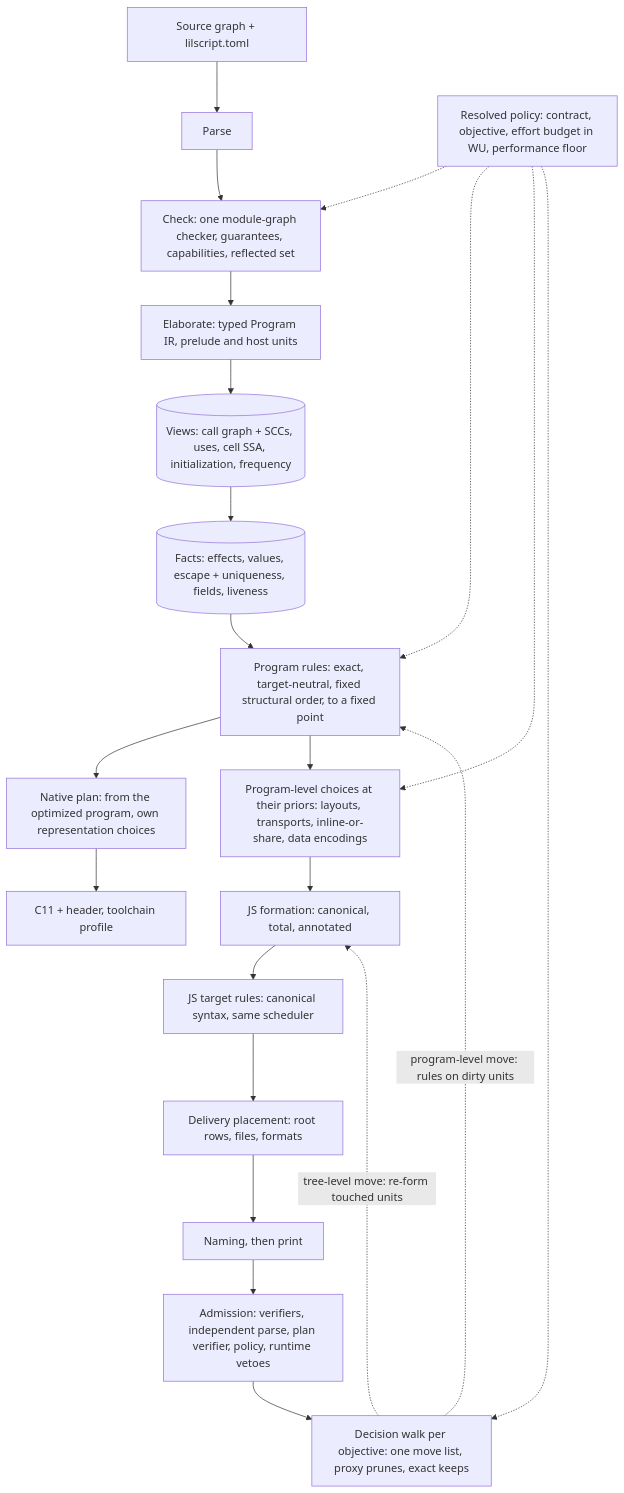
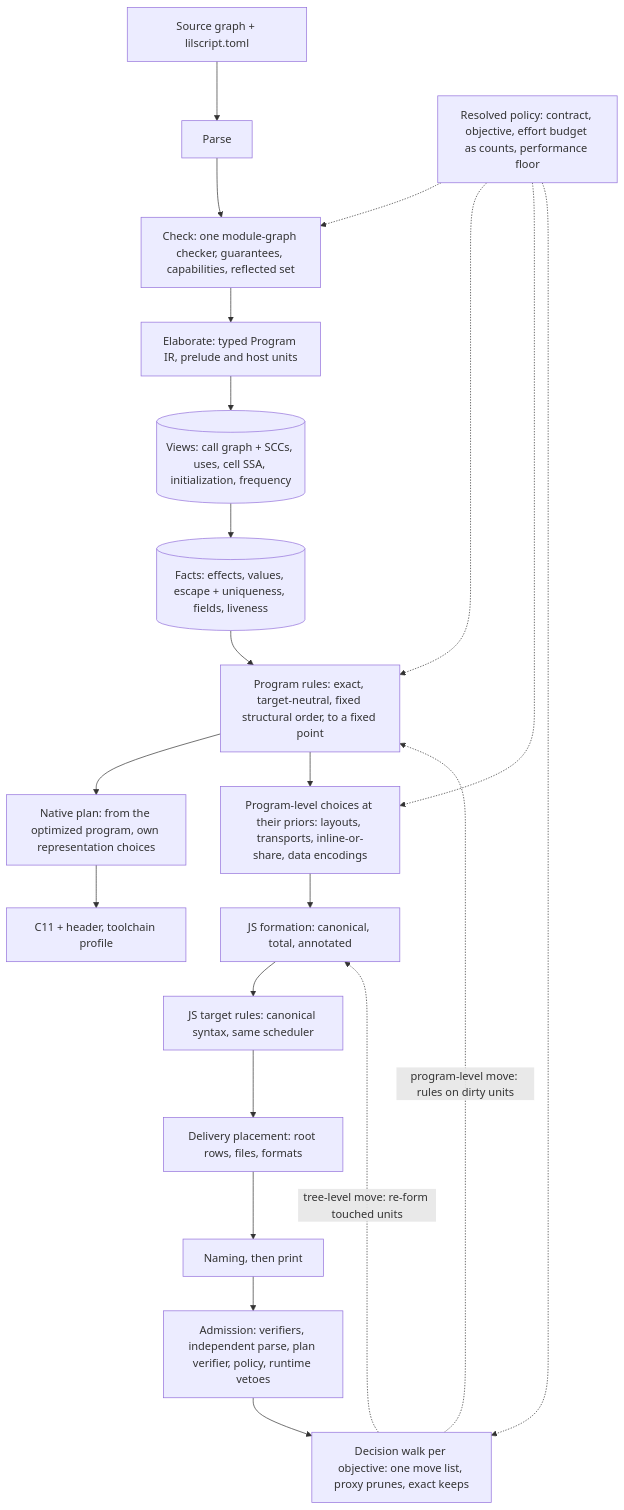
The diagram in docs/future-architecture.md (yeargun/lilscript), drawn with Mermaid before and after one commit. The commit also changed other lines of this file and 4 other files, not shown here.

````diff
--- a/docs/future-architecture.md
+++ b/docs/future-architecture.md
@@ -140,24 +141,24 @@
 ```mermaid
 flowchart TD
   S[Source graph + lilscript.toml] --> P[Parse]
   P --> C[Check: one module-graph checker, guarantees, capabilities, reflected set]
   C --> E[Elaborate: typed Program IR, prelude and host units]
   E --> V[(Views: call graph + SCCs, uses, cell SSA, initialization, frequency)]
   V --> F[(Facts: effects, values, escape + uniqueness, fields, liveness)]
   F --> R[Program rules: exact, target-neutral, fixed structural order, to a fixed point]
   R --> N[Native plan: from the optimized program, own representation choices]
   R --> H[Program-level choices at their priors: layouts, transports, inline-or-share, data encodings]
   H --> J[JS formation: canonical, total, annotated]
   J --> T[JS target rules: canonical syntax, same scheduler]
   T --> D[Delivery placement: root rows, files, formats]
   D --> M[Naming, then print]
   M --> A[Admission: verifiers, independent parse, plan verifier, policy, runtime vetoes]
   A --> W[Decision walk per objective: one move list, proxy prunes, exact keeps]
   W -. program-level move: rules on dirty units .-> R
   W -. tree-level move: re-form touched units .-> J
   N --> X[C11 + header, toolchain profile]
-  L[Resolved policy: contract, objective, effort budget in WU, performance floor] -.-> C
+  L[Resolved policy: contract, objective, effort budget as counts, performance floor] -.-> C
   L -.-> R
   L -.-> H
   L -.-> W
 ```
````
